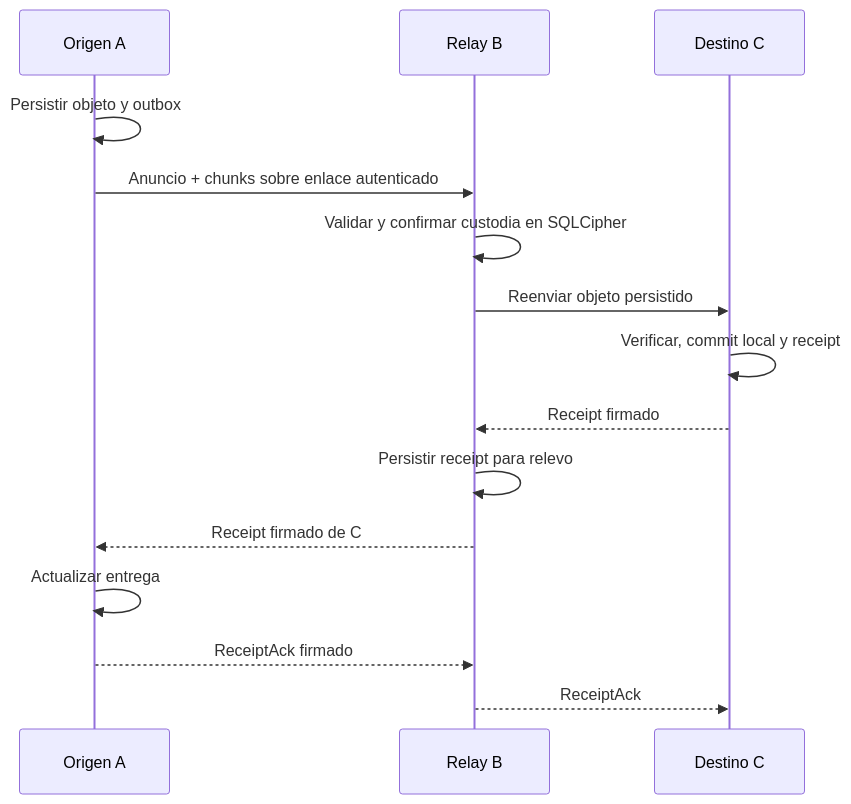
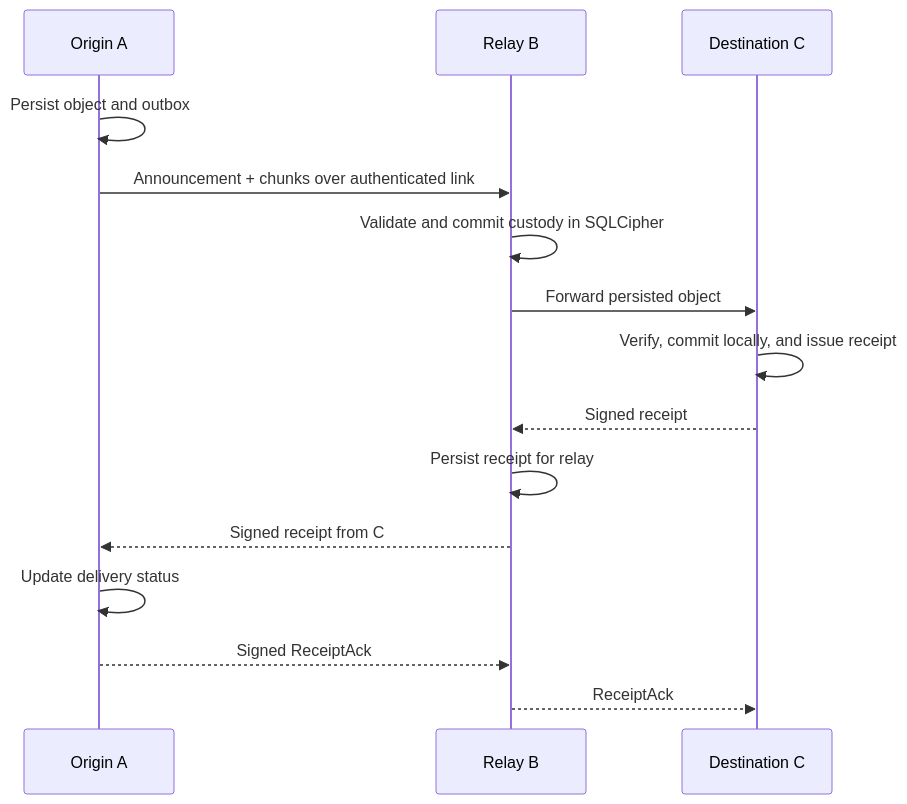
One commit to Frazko/Mesh-Lab changed the third of 3 diagrams in README.md. Above: the diagram before and after it, drawn with Mermaid. The commit also changed other lines of this file and 1 other file, not shown here.

````diff
--- a/README.md
+++ b/README.md
@@ -316,17 +316,17 @@
 ```mermaid
 sequenceDiagram
-    participant A as Origen A
+    participant A as Origin A
     participant B as Relay B
-    participant C as Destino C
-    A->>A: Persistir objeto y outbox
-    A->>B: Anuncio + chunks sobre enlace autenticado
-    B->>B: Validar y confirmar custodia en SQLCipher
-    B->>C: Reenviar objeto persistido
-    C->>C: Verificar, commit local y receipt
-    C-->>B: Receipt firmado
-    B->>B: Persistir receipt para relevo
-    B-->>A: Receipt firmado de C
-    A->>A: Actualizar entrega
-    A-->>B: ReceiptAck firmado
+    participant C as Destination C
+    A->>A: Persist object and outbox
+    A->>B: Announcement + chunks over authenticated link
+    B->>B: Validate and commit custody in SQLCipher
+    B->>C: Forward persisted object
+    C->>C: Verify, commit locally, and issue receipt
+    C-->>B: Signed receipt
+    B->>B: Persist receipt for relay
+    B-->>A: Signed receipt from C
+    A->>A: Update delivery status
+    A-->>B: Signed ReceiptAck
     B-->>C: ReceiptAck
 ```
````
